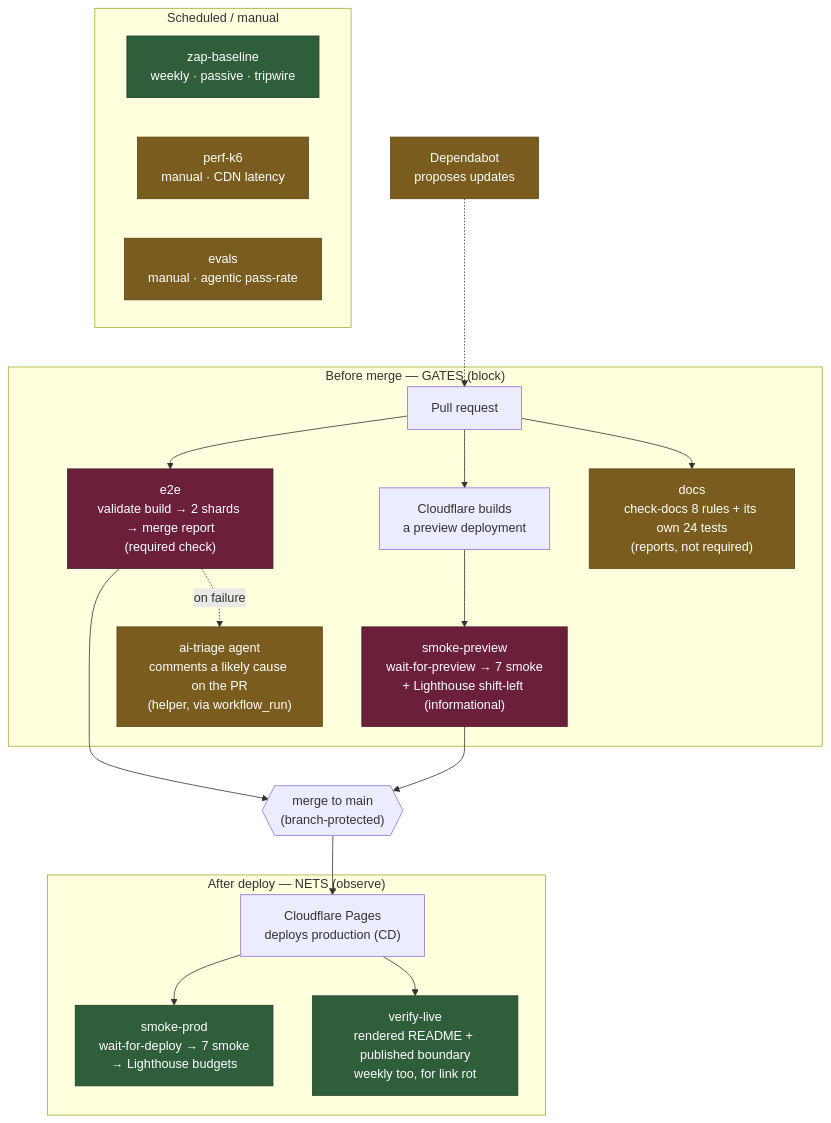
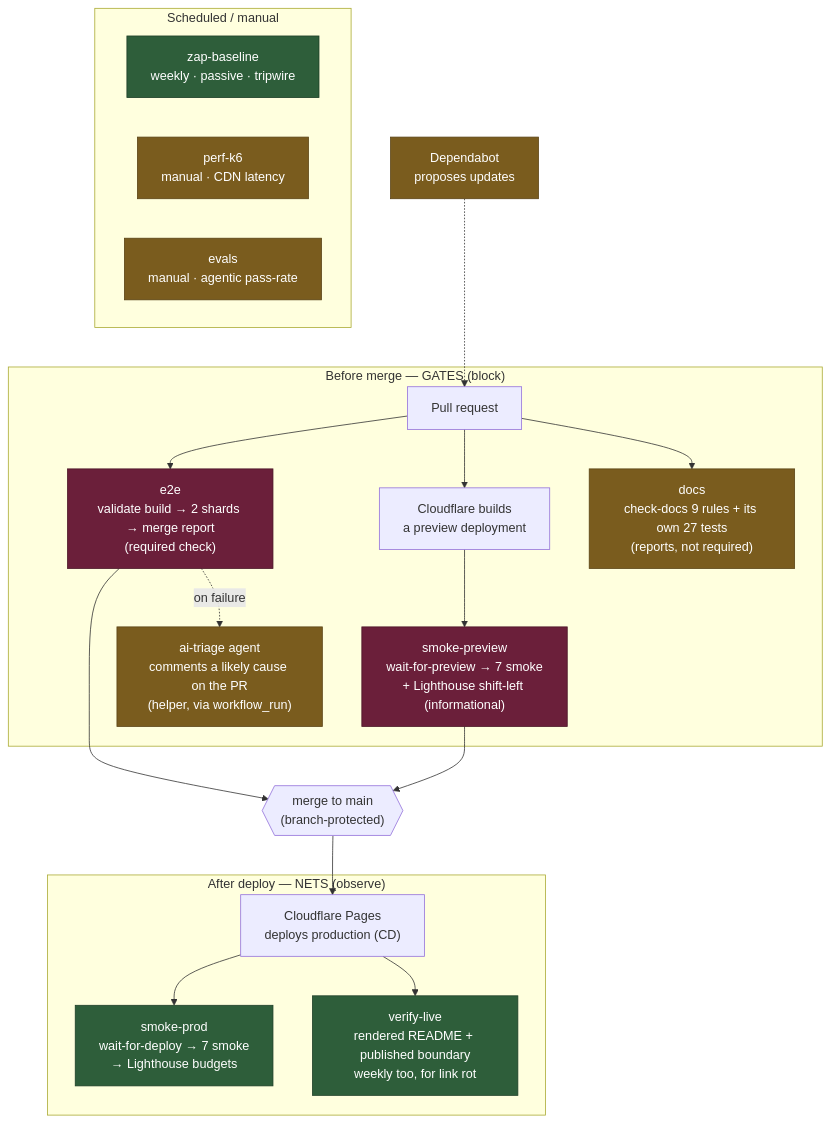
Before and after one commit to InesPatricia/Mi-Dia-App: the diagram in docs/QA-ARCHITECTURE.md, drawn with Mermaid. The commit also changed 9 other files, not shown here.

````diff
--- a/docs/QA-ARCHITECTURE.md
+++ b/docs/QA-ARCHITECTURE.md
@@ -8,35 +8,35 @@
 ```mermaid
 flowchart TD
     subgraph PRE["Before merge — GATES (block)"]
         PR["Pull request"] --> E2E["e2e\nvalidate build → 2 shards → merge report\n(required check)"]
         PR --> CFP["Cloudflare builds\na preview deployment"]
         CFP --> SP["smoke-preview\nwait-for-preview → 7 smoke\n+ Lighthouse shift-left (informational)"]
-        PR --> DOCS["docs\ncheck-docs 8 rules + its own 24 tests\n(reports, not required)"]
+        PR --> DOCS["docs\ncheck-docs 9 rules + its own 27 tests\n(reports, not required)"]
         E2E -. on failure .-> TRIAGE["ai-triage agent\ncomments a likely cause on the PR\n(helper, via workflow_run)"]
     end
 
     E2E --> MERGE{{"merge to main\n(branch-protected)"}}
     SP --> MERGE
 
     MERGE --> DEPLOY["Cloudflare Pages\ndeploys production (CD)"]
 
     subgraph POST["After deploy — NETS (observe)"]
         DEPLOY --> SPROD["smoke-prod\nwait-for-deploy → 7 smoke\n→ Lighthouse budgets"]
         DEPLOY --> VL["verify-live\nrendered README + published boundary\nweekly too, for link rot"]
     end
 
     subgraph SCHED["Scheduled / manual"]
         ZAP["zap-baseline\nweekly · passive · tripwire"]
         K6["perf-k6\nmanual · CDN latency"]
         EVALS["evals\nmanual · agentic pass-rate"]
     end
 
     DEPS["Dependabot\nproposes updates"] -.-> PR
 
     classDef gate fill:#6b1f3a,stroke:#4a1526,color:#fff;
     classDef net fill:#2e5e3a,stroke:#1e3f27,color:#fff;
     classDef helper fill:#7a5c1e,stroke:#5a4315,color:#fff;
     class E2E,SP gate;
     class SPROD,ZAP,VL net;
     class TRIAGE,EVALS,K6,DEPS,DOCS helper;
 ```
````
